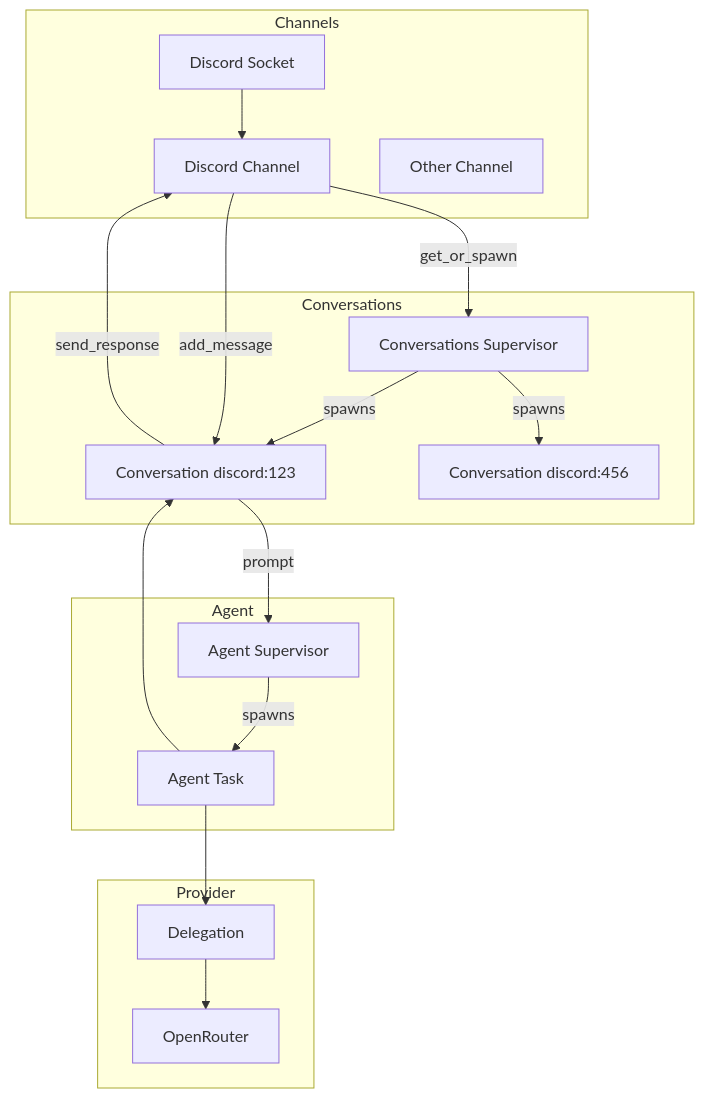
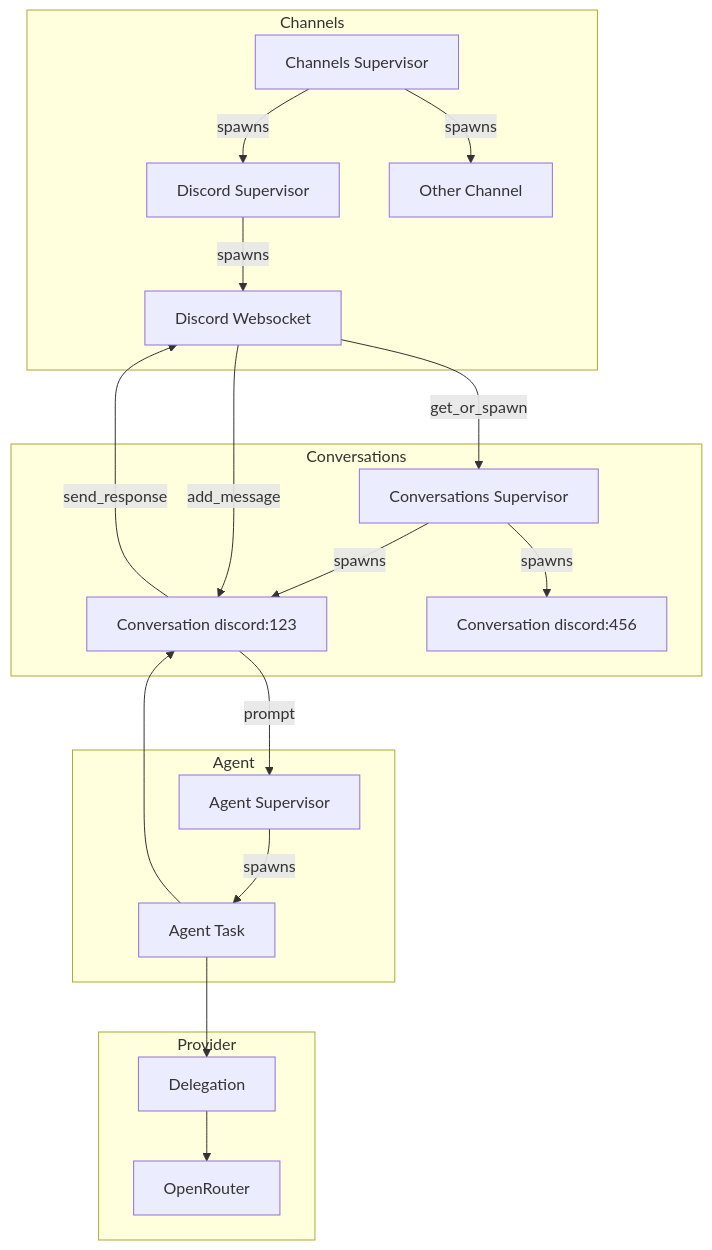
The diagram in README.md (FloatingGhost/lobber), drawn with Mermaid before and after one commit. The commit also changed 17 other files, not shown here.

````diff
--- a/README.md
+++ b/README.md
@@ -19,35 +19,36 @@
 ```mermaid
 graph TD
   subgraph Channels
-    DS[Discord Socket] --> DC[Discord Channel]
-    O[Other Channel]
+    CSV[Channels Supervisor] --> |spawns|DSV[Discord Supervisor]
+    DSV --> |spawns|DWS[Discord Websocket]
+    CSV[Channels Supervisor] --> |spawns|O[Other Channel]
   end
 
   subgraph Conversations
-    DC -->|get_or_spawn| CONVS[Conversations Supervisor]
+    DWS -->|get_or_spawn| CONVS[Conversations Supervisor]
     CONVS -->|spawns| C1[Conversation discord:123]
     CONVS -->|spawns| C2[Conversation discord:456]
 
-    DC --> |add_message| C1
-    C1 --> |send_response| DC
+    DWS --> |add_message| C1
+    C1 --> |send_response| DWS
   end
 
   subgraph Agent
     ASV[Agent Supervisor]
     ASV --> |spawns|AT[Agent Task]
 
     AT --> C1
 
     C1 --> |prompt| ASV
   end
 
   subgraph Provider
     DL[Delegation]
 
     OR[OpenRouter]
 
     DL --> OR
   end
 
   AT --> DL
 ```
````
